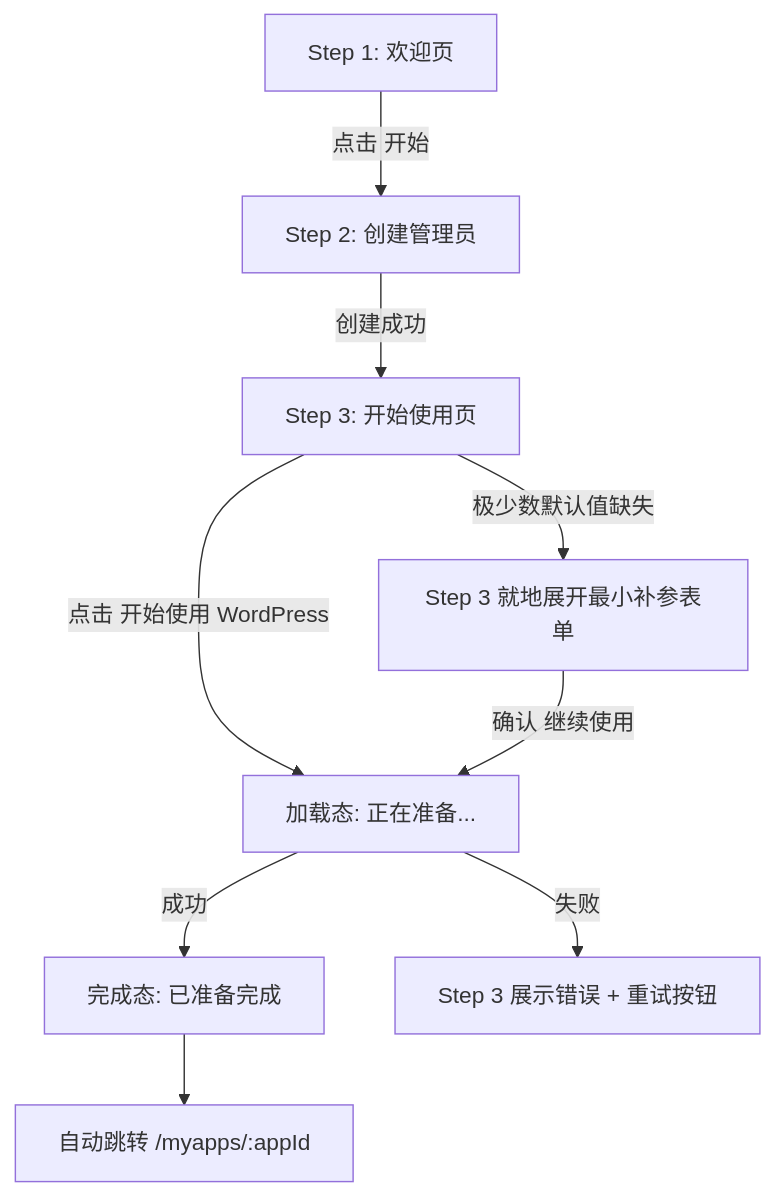
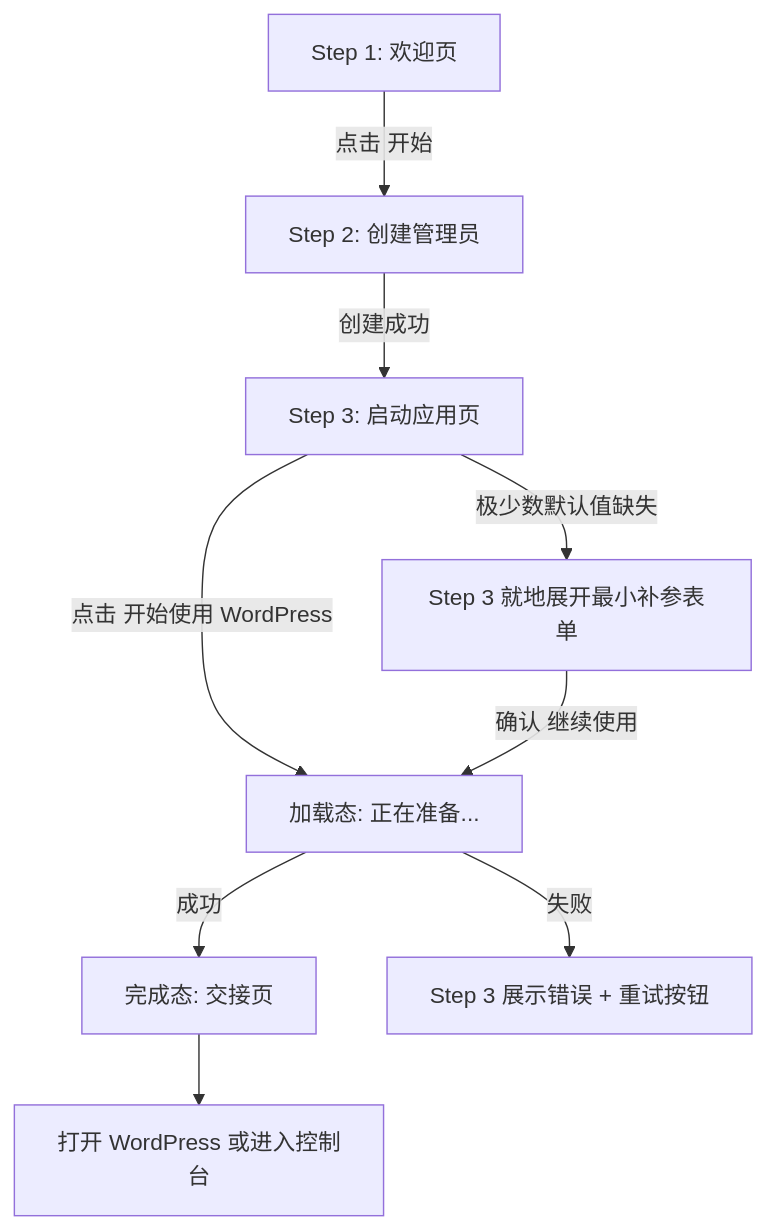
One commit to Websoft9/websoft9 changed the diagram in docs/architecture/cloud-marketplace-setup-wizard-ui_cn.md. Above: the diagram before and after it, drawn with Mermaid. The commit also changed other lines of this file and 25 other files, not shown here.

````diff
--- a/docs/architecture/cloud-marketplace-setup-wizard-ui_cn.md
+++ b/docs/architecture/cloud-marketplace-setup-wizard-ui_cn.md
@@ -243,11 +259,11 @@
 ```mermaid
 flowchart TD
     A[Step 1: 欢迎页] -->|点击 开始| B[Step 2: 创建管理员]
-    B -->|创建成功| C[Step 3: 开始使用页]
+    B -->|创建成功| C[Step 3: 启动应用页]
     C -->|点击 开始使用 WordPress| D[加载态: 正在准备...]
-    D -->|成功| E[完成态: 已准备完成]
-    E --> F[自动跳转 /myapps/:appId]
+    D -->|成功| E[完成态: 交接页]
+    E --> F[打开 WordPress 或进入控制台]
     D -->|失败| G[Step 3 展示错误 + 重试按钮]
     C -->|极少数默认值缺失| H[Step 3 就地展开最小补参表单]
     H -->|确认 继续使用| D
 ```
````
